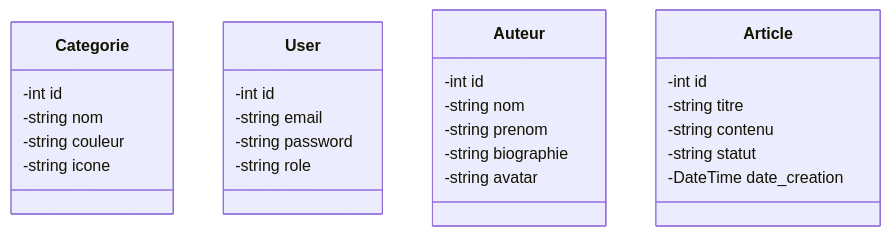
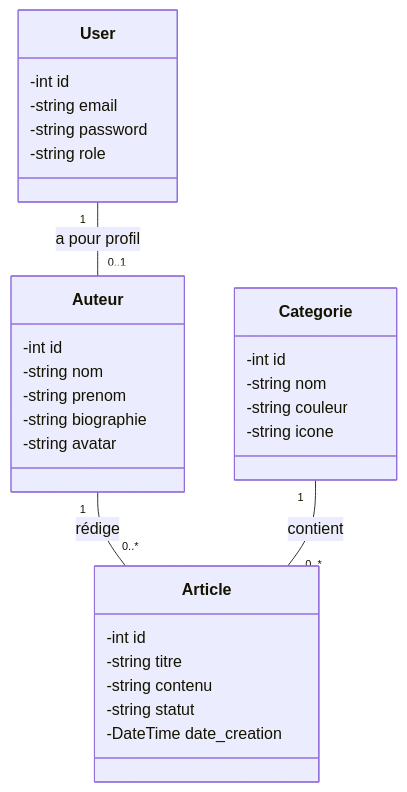
The diagram in Objects/classes.mmd (omarmouttalie5/mobile-tutos), drawn with Mermaid before and after one commit.

Commit message:
Transforming relationships into associations

```diff
--- a/Objects/classes.mmd
+++ b/Objects/classes.mmd
@@ -1,30 +1,31 @@
 classDiagram
     class Categorie {
         -int id
         -string nom
         -string couleur
         -string icone
     }
-    
     class User {
         -int id
         -string email
         -string password
         -string role
     }
-    
     class Auteur {
         -int id
         -string nom
         -string prenom
         -string biographie
         -string avatar
     }
-    
     class Article {
         -int id
         -string titre
         -string contenu
         -string statut
         -DateTime date_creation
     }
+
+    User "1" -- "0..1" Auteur : a pour profil
+    Auteur "1" -- "0..*" Article : rédige
+    Categorie "1" -- "0..*" Article : contient
```
